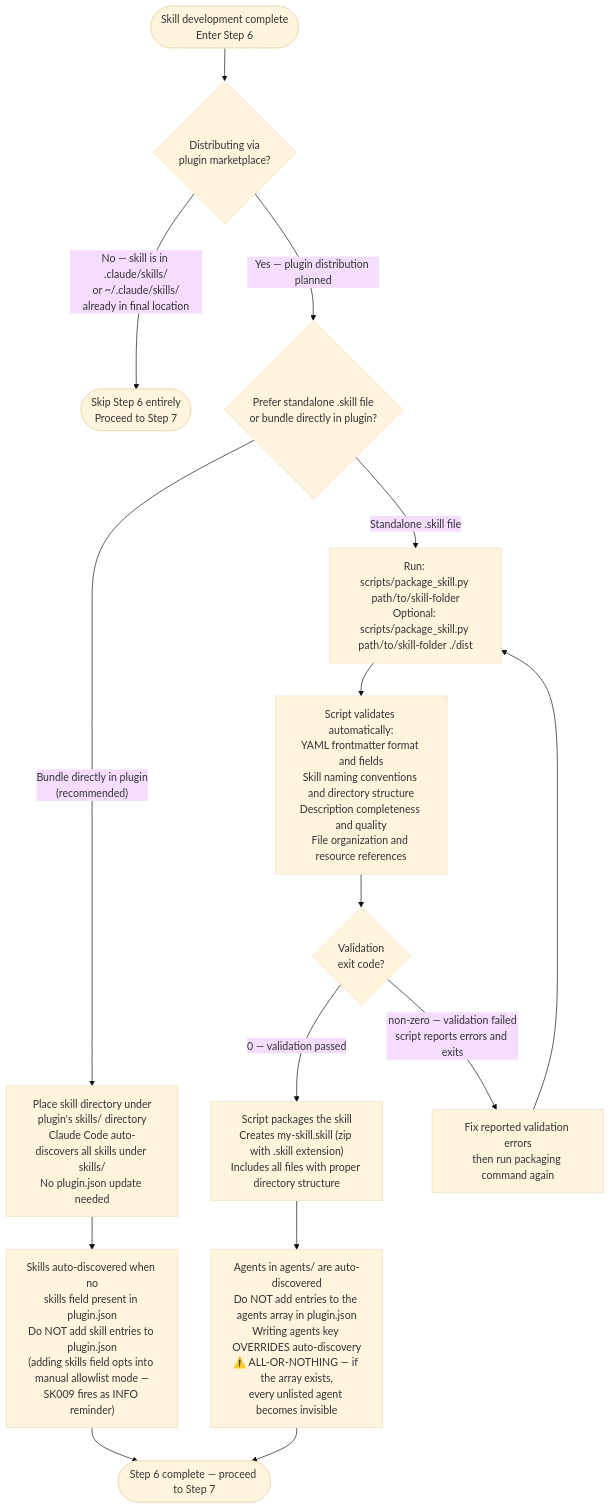
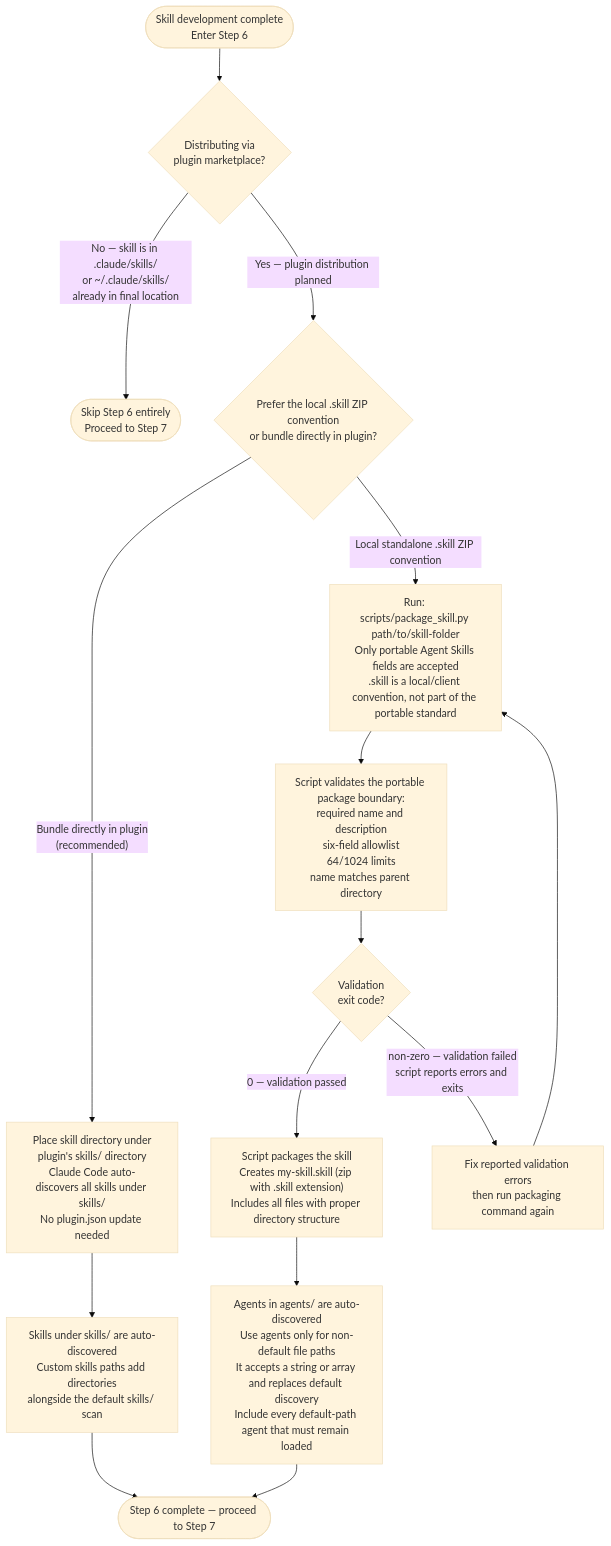
One commit to Jamie-BitFlight/claude_skills changed the fifth of 5 diagrams in plugins/plugin-creator/skills/skill-creator/SKILL.md. Above: the diagram before and after it, drawn with Mermaid (base theme). The commit also changed other lines of this file and 57 other files, not shown here.

Commit message:
docs(plugin-creator): refresh Agent Skills claims

````diff
--- a/plugins/plugin-creator/skills/skill-creator/SKILL.md
+++ b/plugins/plugin-creator/skills/skill-creator/SKILL.md
@@ -552,17 +551,17 @@
 ```mermaid
 flowchart TD
     Start(["Skill development complete<br>Enter Step 6"]) --> Q{"Distributing via<br>plugin marketplace?"}
     Q -->|"No — skill is in .claude/skills/<br>or ~/.claude/skills/<br>already in final location"| Skip(["Skip Step 6 entirely<br>Proceed to Step 7"])
-    Q -->|"Yes — plugin distribution planned"| Q2{"Prefer standalone .skill file<br>or bundle directly in plugin?"}
+    Q -->|"Yes — plugin distribution planned"| Q2{"Prefer the local .skill ZIP convention<br>or bundle directly in plugin?"}
     Q2 -->|"Bundle directly in plugin<br>(recommended)"| Bundle["Place skill directory under<br>plugin's skills/ directory<br>Claude Code auto-discovers all skills under skills/<br>No plugin.json update needed"]
-    Q2 -->|"Standalone .skill file"| RunPkg["Run: scripts/package_skill.py path/to/skill-folder<br>Optional: scripts/package_skill.py path/to/skill-folder ./dist"]
-    RunPkg --> Validate["Script validates automatically:<br>YAML frontmatter format and fields<br>Skill naming conventions and directory structure<br>Description completeness and quality<br>File organization and resource references"]
+    Q2 -->|"Local standalone .skill ZIP convention"| RunPkg["Run: scripts/package_skill.py path/to/skill-folder<br>Only portable Agent Skills fields are accepted<br>.skill is a local/client convention, not part of the portable standard"]
+    RunPkg --> Validate["Script validates the portable package boundary:<br>required name and description<br>six-field allowlist<br>64/1024 limits<br>name matches parent directory"]
     Validate --> VQ{"Validation<br>exit code?"}
     VQ -->|"0 — validation passed"| Package["Script packages the skill<br>Creates my-skill.skill (zip with .skill extension)<br>Includes all files with proper directory structure"]
     VQ -->|"non-zero — validation failed<br>script reports errors and exits"| Fix["Fix reported validation errors<br>then run packaging command again"]
     Fix --> RunPkg
-    Bundle --> SkillReg["Skills auto-discovered when no<br>skills field present in plugin.json<br>Do NOT add skill entries to plugin.json<br>(adding skills field opts into manual allowlist mode —<br>SK009 fires as INFO reminder)"]
-    Package --> AgentReg["Agents in agents/ are auto-discovered<br>Do NOT add entries to the agents array in plugin.json<br>Writing agents key OVERRIDES auto-discovery<br>⚠️ ALL-OR-NOTHING — if the array exists,<br>every unlisted agent becomes invisible"]
+    Bundle --> SkillReg["Skills under skills/ are auto-discovered<br>Custom skills paths add directories<br>alongside the default skills/ scan"]
+    Package --> AgentReg["Agents in agents/ are auto-discovered<br>Use agents only for non-default file paths<br>It accepts a string or array and replaces default discovery<br>Include every default-path agent that must remain loaded"]
     SkillReg --> Done(["Step 6 complete — proceed to Step 7"])
     AgentReg --> Done
 ```
````
